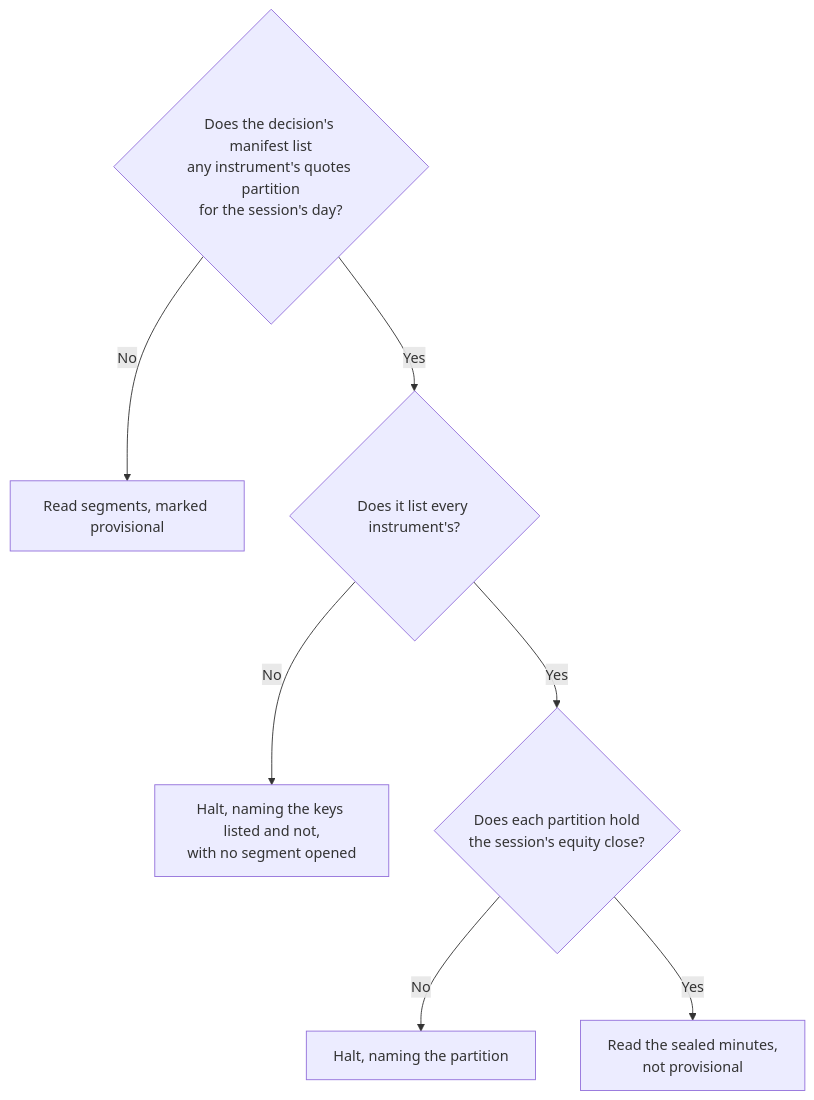
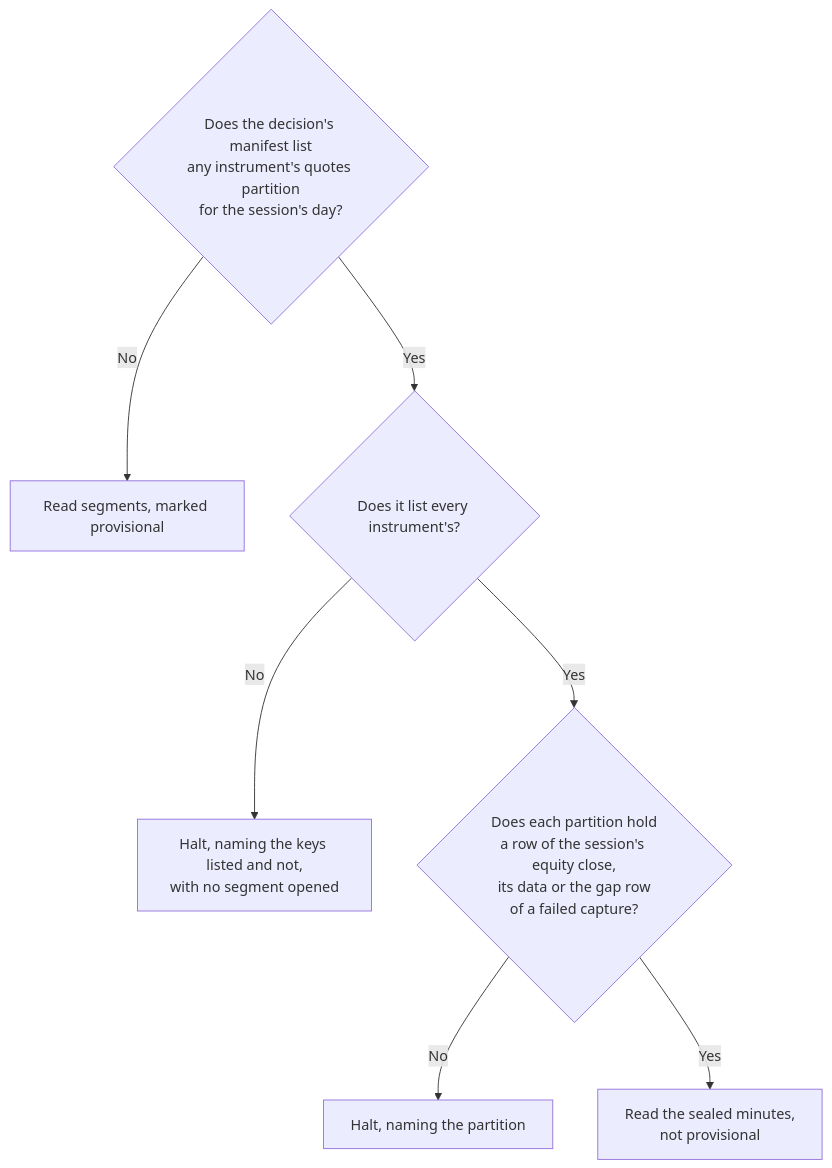
One commit to l3a0/ithildin-runtime changed the fifth of 6 diagrams in docs/architecture/03-context-and-scope.md. Above: the diagram before and after it, drawn with Mermaid. The commit also changed other lines of this file and 7 other files, not shown here.

First line of the commit message:
feat(data): read a sealed day whose close capture failed, from marketlake's gap row

````diff
--- a/docs/architecture/03-context-and-scope.md
+++ b/docs/architecture/03-context-and-scope.md
@@ -552,10 +552,10 @@
 ```mermaid
 flowchart TD
     m{"Does the decision's manifest list<br/>any instrument's quotes partition<br/>for the session's day?"}
     m -- "No" --> seg["Read segments, marked provisional"]
     m -- "Yes" --> all{"Does it list every instrument's?"}
     all -- "No" --> fault["Halt, naming the keys listed and not,<br/>with no segment opened"]
-    all -- "Yes" --> close{"Does each partition hold<br/>the session's equity close?"}
+    all -- "Yes" --> close{"Does each partition hold<br/>a row of the session's equity close,<br/>its data or the gap row<br/>of a failed capture?"}
     close -- "No" --> nofault["Halt, naming the partition"]
     close -- "Yes" --> sealed["Read the sealed minutes,<br/>not provisional"]
 ```
````
